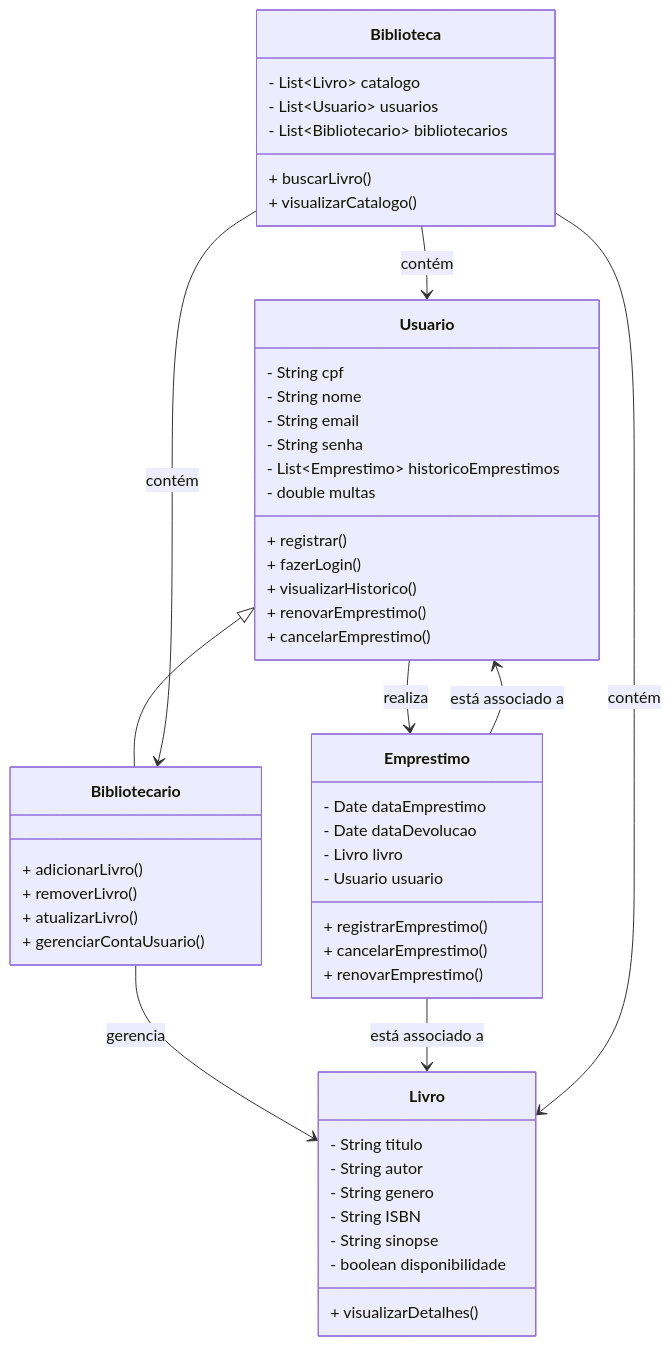
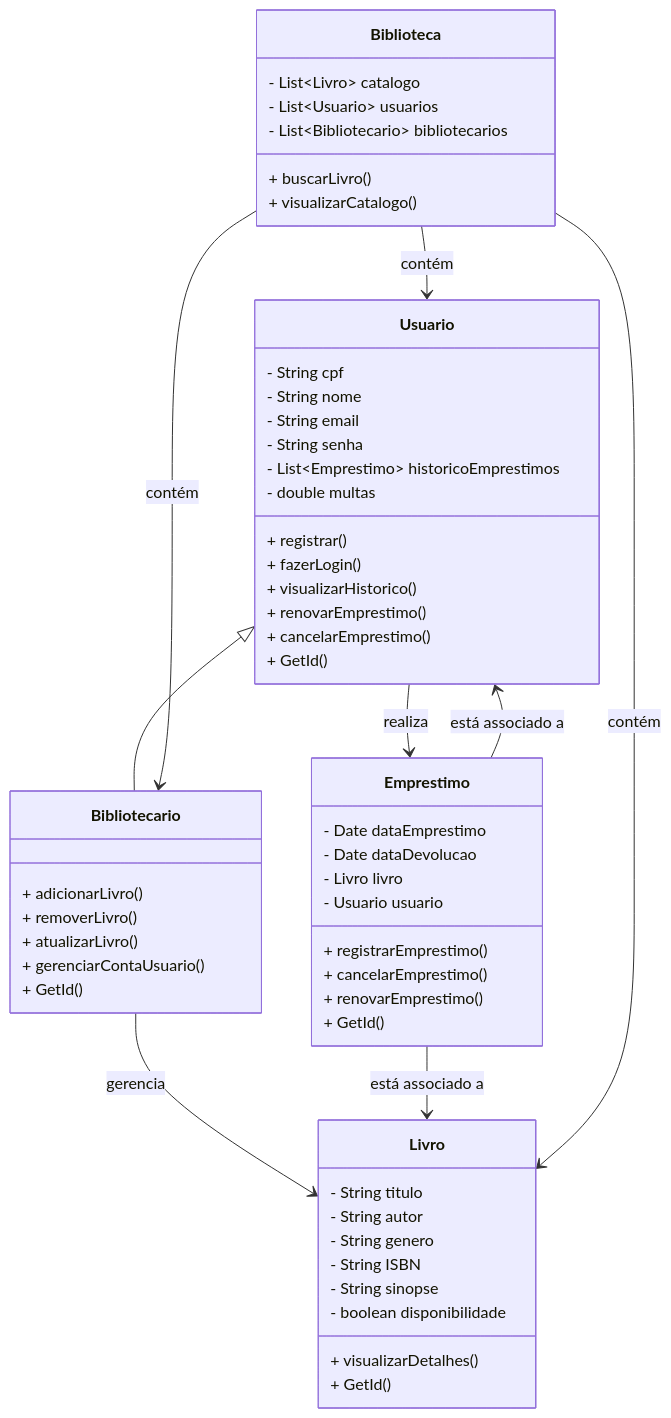
Before and after one commit to ROQUE100/Mapa-Engenharia-de-Software: the second of 2 diagrams in README.md, drawn with Mermaid. The commit also changed other lines of this file, not shown here.

````diff
--- a/README.md
+++ b/README.md
@@ -130,61 +135,67 @@
 ```mermaid 
   classDiagram
     class Usuario {
         - String cpf
         - String nome
         - String email
         - String senha
         - List~Emprestimo~ historicoEmprestimos
         - double multas
         + registrar()
         + fazerLogin()
         + visualizarHistorico()
         + renovarEmprestimo()
         + cancelarEmprestimo()
+        + GetId()
     }
 
     class Bibliotecario {
         + adicionarLivro()
         + removerLivro()
         + atualizarLivro()
         + gerenciarContaUsuario()
+        + GetId()
     }
     Usuario <|-- Bibliotecario
 
     class Livro {
         - String titulo
         - String autor
         - String genero
         - String ISBN
         - String sinopse
         - boolean disponibilidade
         + visualizarDetalhes()
+        + GetId()
     }
 
     class Emprestimo {
         - Date dataEmprestimo
         - Date dataDevolucao
         - Livro livro
         - Usuario usuario
         + registrarEmprestimo()
         + cancelarEmprestimo()
         + renovarEmprestimo()
+        + GetId()
     }
 
     class Biblioteca {
         - List~Livro~ catalogo
         - List~Usuario~ usuarios
         - List~Bibliotecario~ bibliotecarios
         + buscarLivro()
         + visualizarCatalogo()
     }
 
     Usuario --> Emprestimo : realiza
     Bibliotecario --> Livro : gerencia
     Emprestimo --> Livro : está associado a
     Emprestimo --> Usuario : está associado a
     Biblioteca --> Livro : contém
     Biblioteca --> Usuario : contém
     Biblioteca --> Bibliotecario : contém
 
+
+
 ```
````
